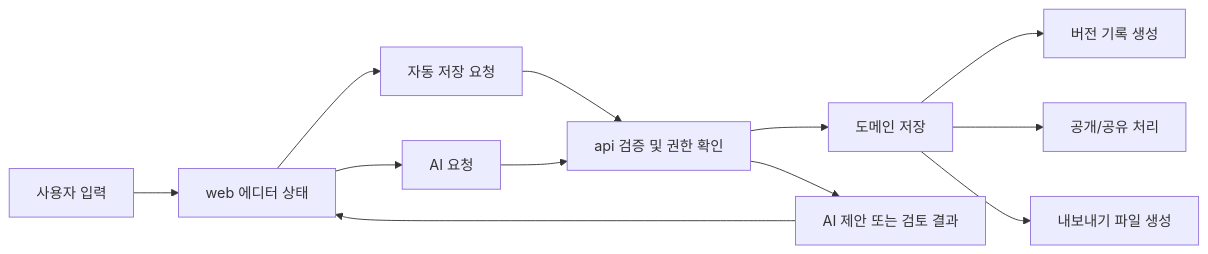
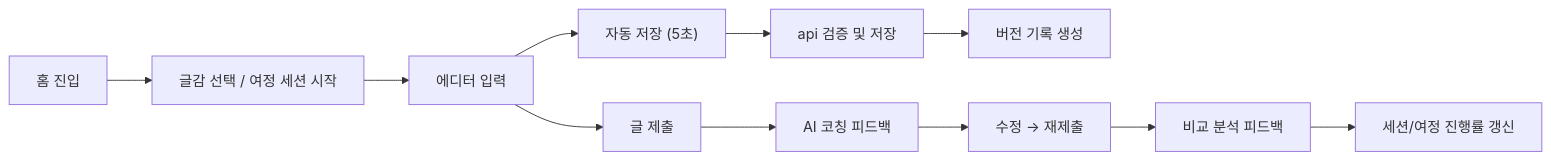
Before and after one commit to qaws7791/writing-app: the diagram in docs/03-architecture/data-flow.md, drawn with Mermaid. The commit also changed other lines of this file and 16 other files, not shown here.

Commit message:
architecture 문서 PRD 기준으로 업데이트

````diff
--- a/docs/03-architecture/data-flow.md
+++ b/docs/03-architecture/data-flow.md
@@ -81,14 +91,13 @@
 ```mermaid
 flowchart LR
-    A["사용자 입력"] --> B["web 에디터 상태"]
-    B --> C["자동 저장 요청"]
-    C --> D["api 검증 및 권한 확인"]
-    D --> E["도메인 저장"]
+    A["홈 진입"] --> B["글감 선택 / 여정 세션 시작"]
+    B --> C["에디터 입력"]
+    C --> D["자동 저장 (5초)"]
+    D --> E["api 검증 및 저장"]
     E --> F["버전 기록 생성"]
-    B --> G["AI 요청"]
-    G --> D
-    D --> H["AI 제안 또는 검토 결과"]
-    H --> B
-    E --> I["공개/공유 처리"]
-    E --> J["내보내기 파일 생성"]
+    C --> G["글 제출"]
+    G --> H["AI 코칭 피드백"]
+    H --> I["수정 → 재제출"]
+    I --> J["비교 분석 피드백"]
+    J --> K["세션/여정 진행률 갱신"]
 ```
````
